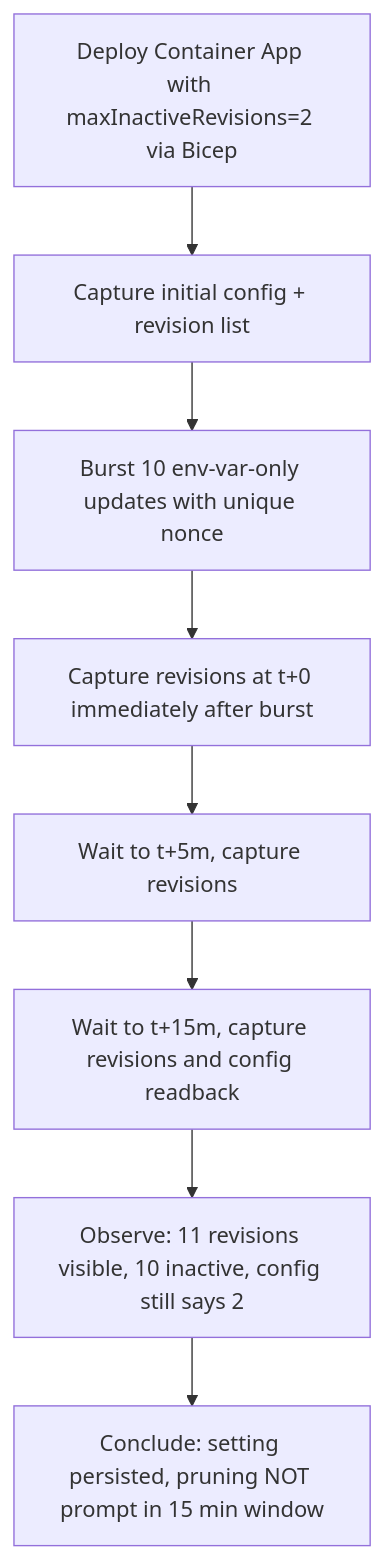
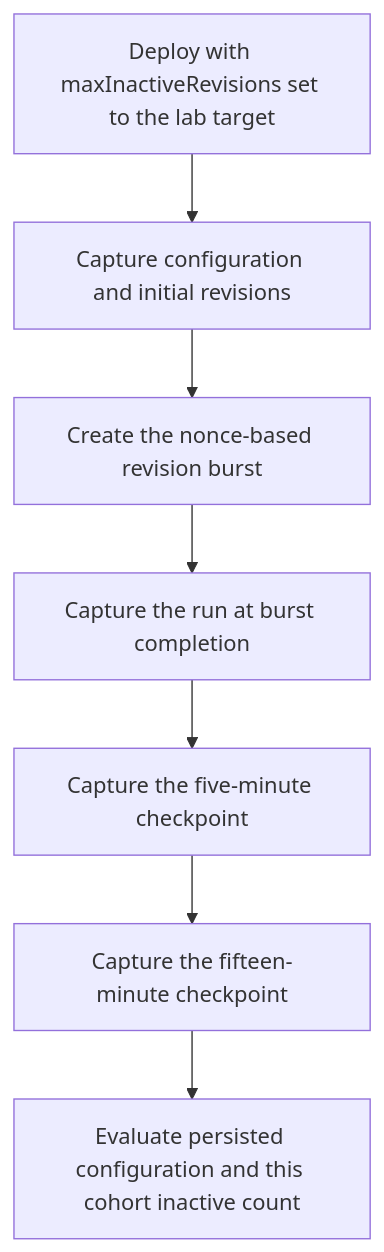
The diagram in docs/troubleshooting/lab-guides/revision-history-limit.md (yeongseon/azure-container-apps-practical-guide), drawn with Mermaid before and after one commit. The commit also changed other lines of this file and 23 other files, not shown here.

Commit message:
docs(diagrams): migrate the first lab-guide diagram batch (#625)

````diff
--- a/docs/troubleshooting/lab-guides/revision-history-limit.md
+++ b/docs/troubleshooting/lab-guides/revision-history-limit.md
@@ -38,10 +38,9 @@
 ```mermaid
 flowchart TD
-    A[Deploy Container App with maxInactiveRevisions=2 via Bicep] --> B[Capture initial config + revision list]
-    B --> C[Burst 10 env-var-only updates with unique nonce]
-    C --> D[Capture revisions at t+0 immediately after burst]
-    D --> E[Wait to t+5m, capture revisions]
-    E --> F[Wait to t+15m, capture revisions and config readback]
-    F --> G[Observe: 11 revisions visible, 10 inactive, config still says 2]
-    G --> H[Conclude: setting persisted, pruning NOT prompt in 15 min window]
+    CONFIG[Deploy with maxInactiveRevisions set to the lab target] --> BEFORE[Capture configuration and initial revisions]
+    BEFORE --> BURST[Create the nonce-based revision burst]
+    BURST --> T0[Capture the run at burst completion]
+    T0 --> T5[Capture the five-minute checkpoint]
+    T5 --> T15[Capture the fifteen-minute checkpoint]
+    T15 --> EVALUATE[Evaluate persisted configuration and this cohort inactive count]
 ```
````
